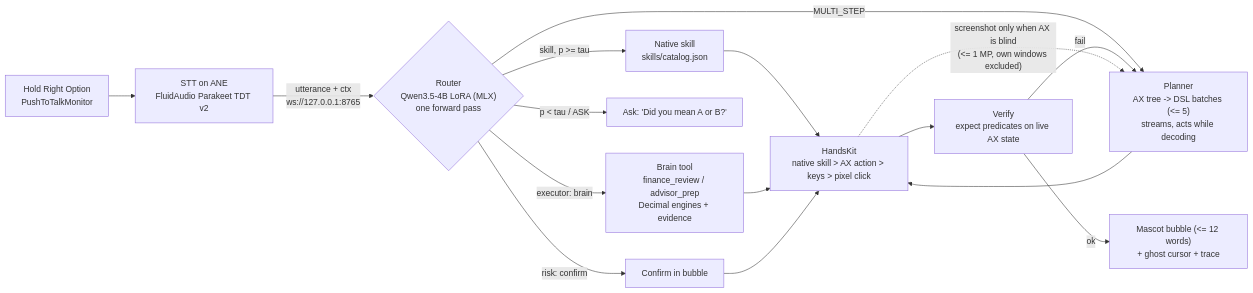
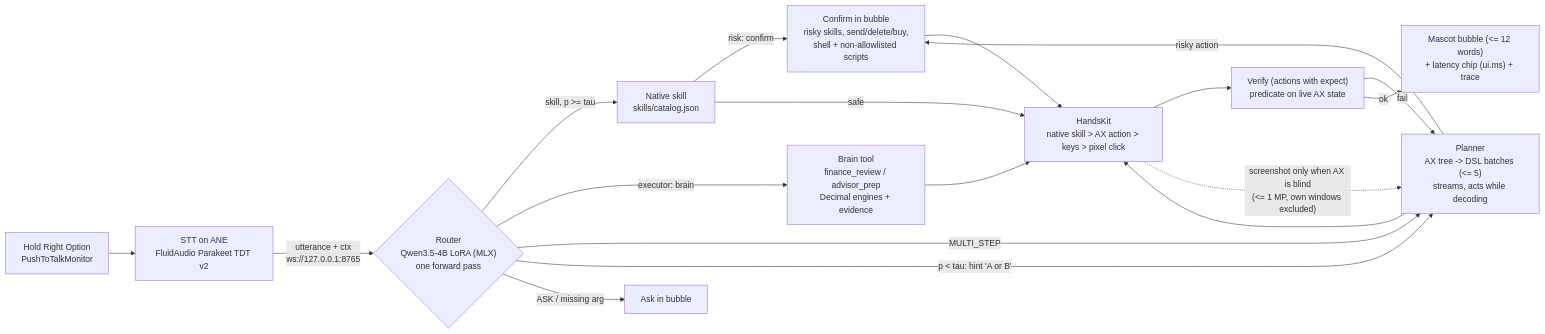
Before and after one commit to ardahk/muselet: the diagram in pitch/architecture.md, drawn with Mermaid. The commit also changed other lines of this file and 5 other files, not shown here.

Commit message:
pitch: scope confirm/verify claims to orchestrator.py on main (evals-safety-18); demo script for planner, advisor_prep/finance_review, OCR, Premiere keys, skill HUD, ui.ms chip

````diff
--- a/pitch/architecture.md
+++ b/pitch/architecture.md
@@ -5,18 +5,20 @@
 ```mermaid
 flowchart LR
   V["Hold Right Option<br/>PushToTalkMonitor"] --> S["STT on ANE<br/>FluidAudio Parakeet TDT v2"]
   S -->|utterance + ctx<br/>ws://127.0.0.1:8765| R{"Router<br/>Qwen3.5-4B LoRA (MLX)<br/>one forward pass"}
   R -->|skill, p >= tau| N["Native skill<br/>skills/catalog.json"]
   R -->|executor: brain| B["Brain tool<br/>finance_review / advisor_prep<br/>Decimal engines + evidence"]
   R -->|MULTI_STEP| P["Planner<br/>AX tree -> DSL batches (<= 5)<br/>streams, acts while decoding"]
-  R -->|p < tau / ASK| Q["Ask: 'Did you mean A or B?'"]
-  R -->|risk: confirm| C["Confirm in bubble"]
-  N --> H["HandsKit<br/>native skill > AX action > keys > pixel click"]
+  R -->|p < tau: hint 'A or B'| P
+  R -->|ASK / missing arg| Q["Ask in bubble"]
+  N -->|risk: confirm| C["Confirm in bubble<br/>risky skills, send/delete/buy,<br/>shell + non-allowlisted scripts"]
+  P -->|risky action| C
+  N -->|safe| H["HandsKit<br/>native skill > AX action > keys > pixel click"]
   B --> H
   P --> H
   C --> H
-  H --> X["Verify<br/>expect predicates on live AX state"]
+  H --> X["Verify (actions with expect)<br/>predicate on live AX state"]
   X -->|fail| P
-  X -->|ok| M["Mascot bubble (<= 12 words)<br/>+ ghost cursor + trace"]
+  X -->|ok| M["Mascot bubble (<= 12 words)<br/>+ latency chip (ui.ms) + trace"]
   H -.screenshot only when AX is blind<br/>(<= 1 MP, own windows excluded).-> P
 ```
````
